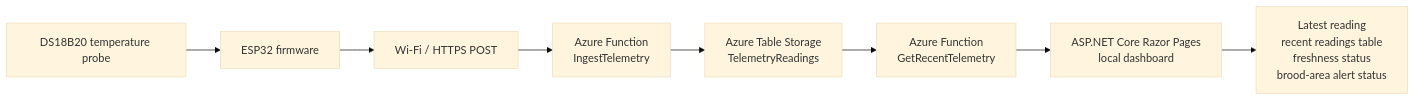
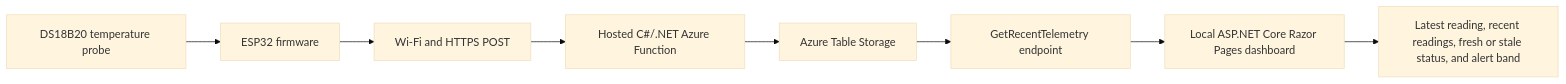
Before and after one commit to sdaly-ie/hivewatch-cloud-iot: the diagram in README.md, drawn with Mermaid (base theme). The commit also changed other lines of this file, not shown here.

Commit message:
Update README for fresh full-chain validation

````diff
--- a/README.md
+++ b/README.md
@@ -93,10 +57,10 @@
 ```mermaid
 flowchart LR
-    A[DS18B20 temperature probe] --> B[ESP32 firmware]
-    B --> C[Wi-Fi / HTTPS POST]
-    C --> D[Azure Function<br/>IngestTelemetry]
-    D --> E[Azure Table Storage<br/>TelemetryReadings]
-    E --> F[Azure Function<br/>GetRecentTelemetry]
-    F --> G[ASP.NET Core Razor Pages<br/>local dashboard]
-    G --> H[Latest reading<br/>recent readings table<br/>freshness status<br/>brood-area alert status]
+    A["DS18B20 temperature probe"] --> B["ESP32 firmware"]
+    B --> C["Wi-Fi and HTTPS POST"]
+    C --> D["Hosted C#/.NET Azure Function"]
+    D --> E["Azure Table Storage"]
+    E --> F["GetRecentTelemetry endpoint"]
+    F --> G["Local ASP.NET Core Razor Pages dashboard"]
+    G --> H["Latest reading, recent readings, fresh or stale status, and alert band"]
 ```
````
